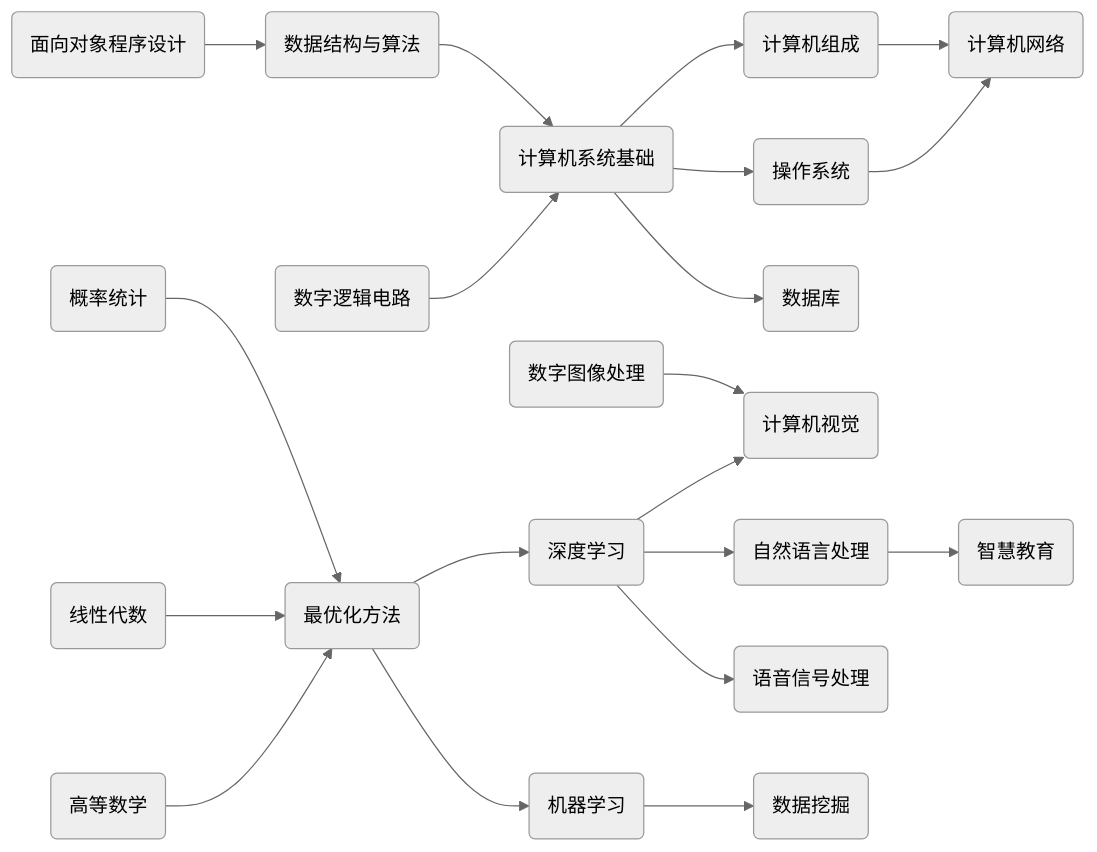
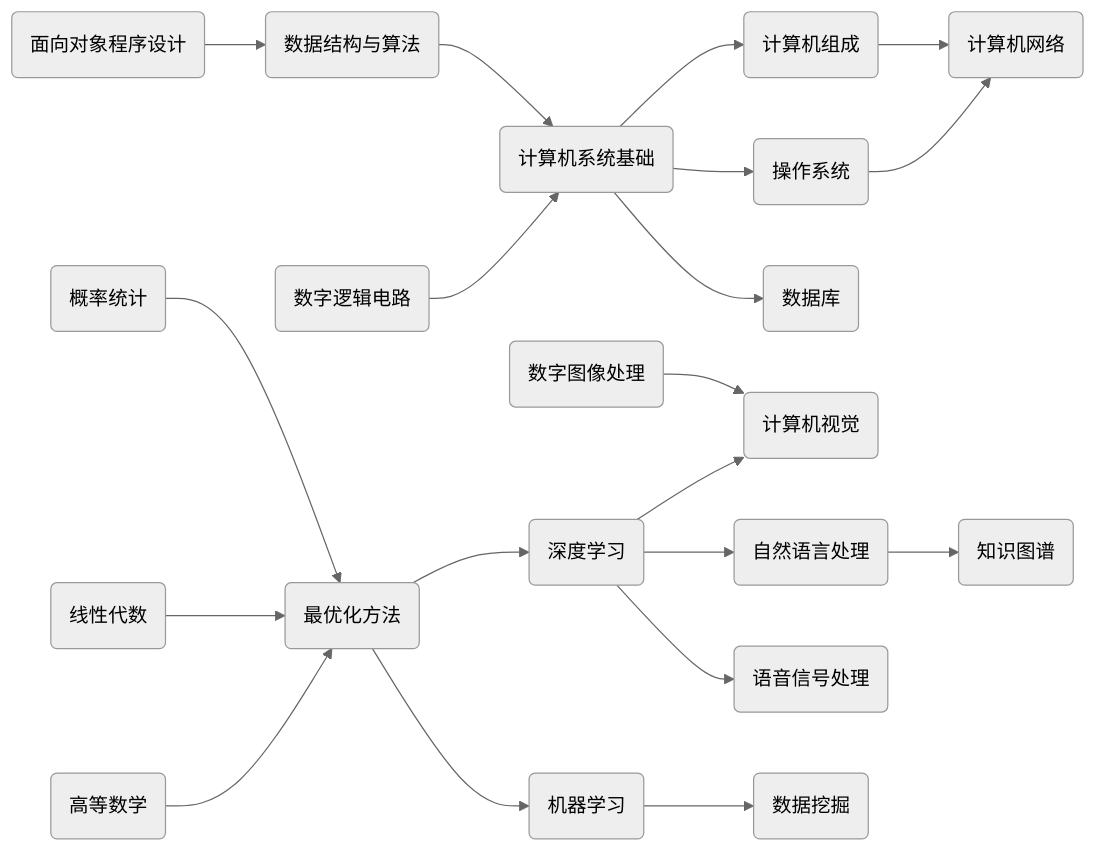
Before and after one commit to Explorer-Dong/explorer-dong.github.io: the first of 2 diagrams in README.md, drawn with Mermaid (neutral theme). The commit also changed 31 other files, not shown here.

````diff
--- a/README.md
+++ b/README.md
@@ -13,42 +13,42 @@
 ```mermaid
 flowchart LR
     %% 实体定义
     面向对象程序设计(面向对象程序设计)
     数据结构与算法(数据结构与算法)
     数字逻辑电路(数字逻辑电路)
     计算机系统基础(计算机系统基础)
     数据库(数据库)
     操作系统(操作系统)
     计算机组成(计算机组成)
     计算机网络(计算机网络)
 
     %% 关系定义
     面向对象程序设计 --> 数据结构与算法 --> 计算机系统基础
     数字逻辑电路 --> 计算机系统基础 --> 数据库 & 操作系统 & 计算机组成
     计算机组成 & 操作系统 --> 计算机网络
 
     %% 实体定义
     数字图像处理(数字图像处理)
     机器学习(机器学习)
     深度学习(深度学习)
     数据挖掘(数据挖掘)
     自然语言处理(自然语言处理)
     计算机视觉(计算机视觉)
     语音信号处理(语音信号处理)
-    智慧教育(智慧教育)
+    知识图谱(知识图谱)
 
     %% 关系定义
     机器学习 --> 数据挖掘
     深度学习 --> 语音信号处理 & 自然语言处理 & 计算机视觉
-    自然语言处理 --> 智慧教育
+    自然语言处理 --> 知识图谱
     数字图像处理 --> 计算机视觉
 
     %% 实体定义
     高等数学(高等数学)
     线性代数(线性代数)
     概率统计(概率统计)
     最优化方法(最优化方法)
 
     %% 关系定义
     高等数学 & 线性代数 & 概率统计 --> 最优化方法 --> 机器学习 & 深度学习
 ```
````
